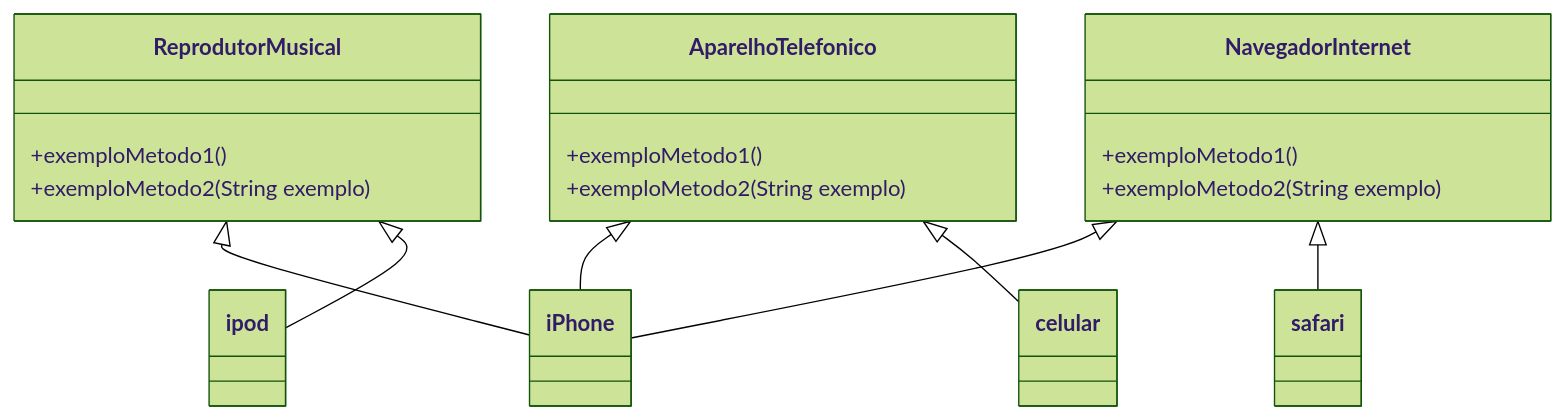
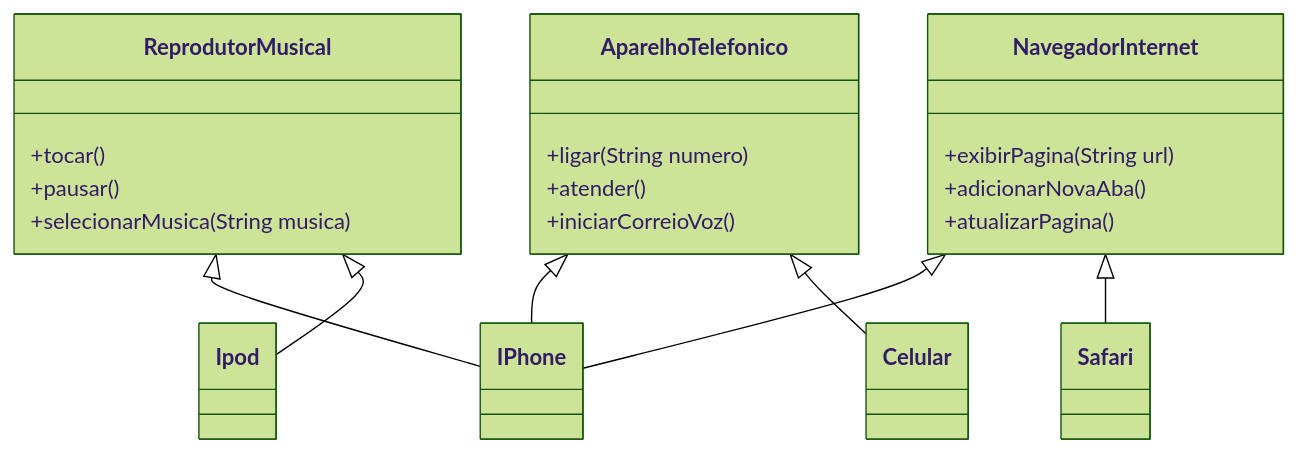
Before and after one commit to Camenraider/modelando-iphone-uml: the diagram in README.md, drawn with Mermaid (forest theme). The commit also changed 15 other files, not shown here.

Commit message:
resolução do desafio modelar iphone uml

````diff
--- a/README.md
+++ b/README.md
@@ -33,37 +33,40 @@
 ```mermaid
 classDiagram
     namesapace ModelandoIphoneUml   
     class ReprodutorMusical {
-        +exemploMetodo1()
-        +exemploMetodo2(String exemplo)
+        +tocar()
+        +pausar()
+        +selecionarMusica(String musica)
     }
 
     class AparelhoTelefonico {
-        +exemploMetodo1()
-        +exemploMetodo2(String exemplo)
+        +ligar(String numero)
+        +atender()
+        +iniciarCorreioVoz()
     }
 
     class NavegadorInternet {
-        +exemploMetodo1()
-        +exemploMetodo2(String exemplo)
+        +exibirPagina(String url)
+        +adicionarNovaAba()
+        +atualizarPagina()
     }
-    class ipod {
+    class Ipod {
     }
 
-    class celular {
+    class Celular {
     }
 
-    class safari {
+    class Safari {
     }
 
-    class iPhone {
+    class IPhone {
     }
 
-    ReprodutorMusical <|-- iPhone 
-    AparelhoTelefonico <|-- iPhone  
-    NavegadorInternet <|-- iPhone  
+    ReprodutorMusical <|-- IPhone 
+    AparelhoTelefonico <|-- IPhone  
+    NavegadorInternet <|-- IPhone  
 
-    ReprodutorMusical <|-- ipod
-    AparelhoTelefonico <|-- celular
-    NavegadorInternet <|-- safari
+    ReprodutorMusical <|-- Ipod
+    AparelhoTelefonico <|-- Celular
+    NavegadorInternet <|-- Safari
 ```
````
